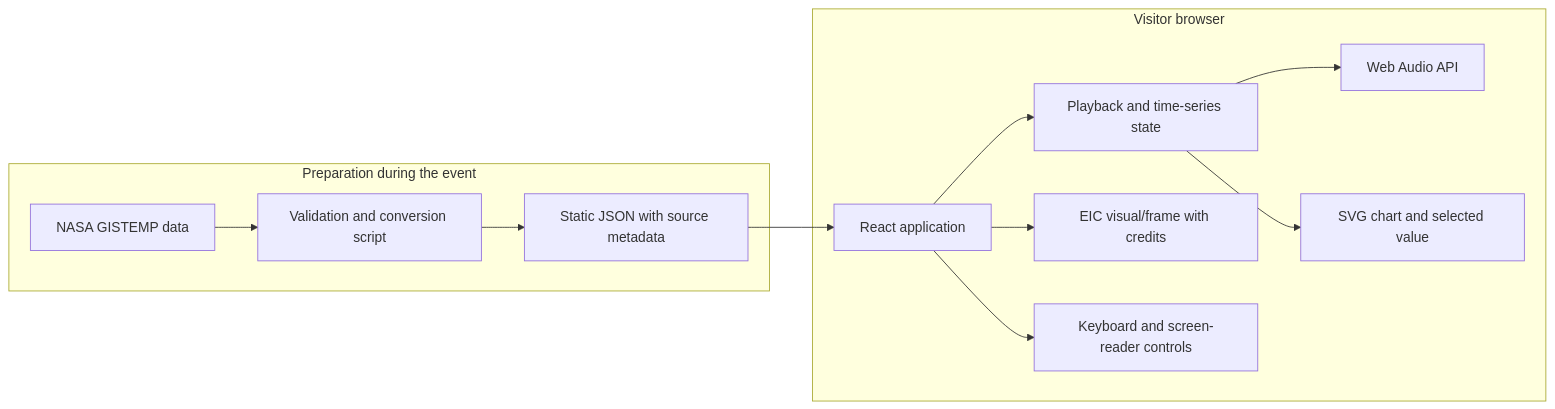
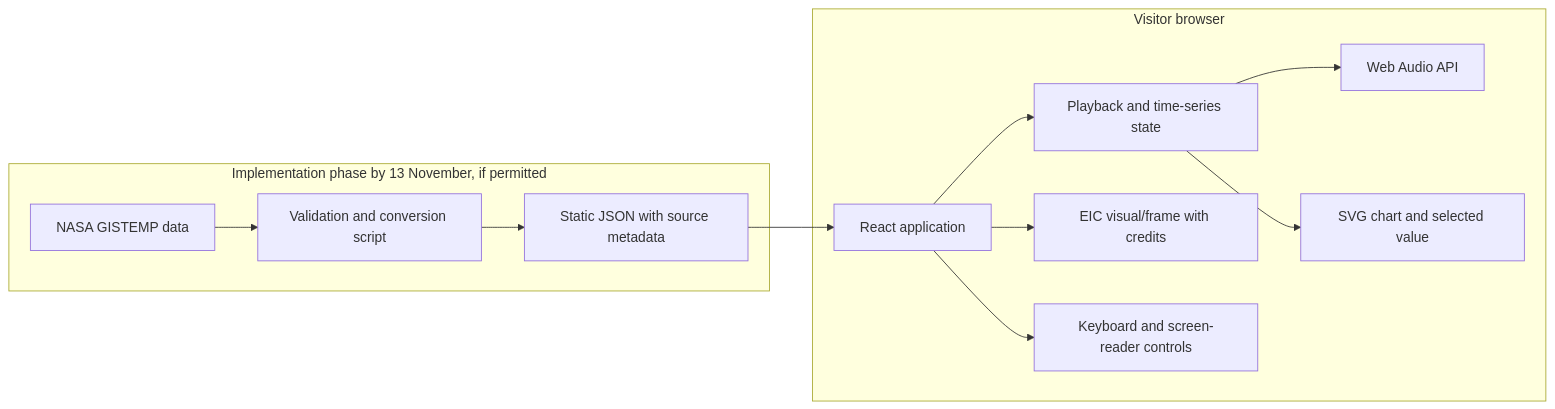
The third of 3 diagrams in README.md (isharpals-06/Nasa_hackathon), drawn with Mermaid before and after one commit. The commit also changed other lines of this file, not shown here.

Commit message:
Update implementation and release schedule

````diff
--- a/README.md
+++ b/README.md
@@ -283,15 +283,15 @@
 ```mermaid
 flowchart LR
-    subgraph BuildTime[Preparation during the event]
+    subgraph BuildTime[Implementation phase by 13 November, if permitted]
       A[NASA GISTEMP data] --> B[Validation and conversion script]
       B --> C[Static JSON with source metadata]
     end
     subgraph Browser[Visitor browser]
       C --> D[React application]
       D --> E[Playback and time-series state]
       E --> F[Web Audio API]
       E --> G[SVG chart and selected value]
       D --> H[EIC visual/frame with credits]
       D --> I[Keyboard and screen-reader controls]
     end
 ```
````
